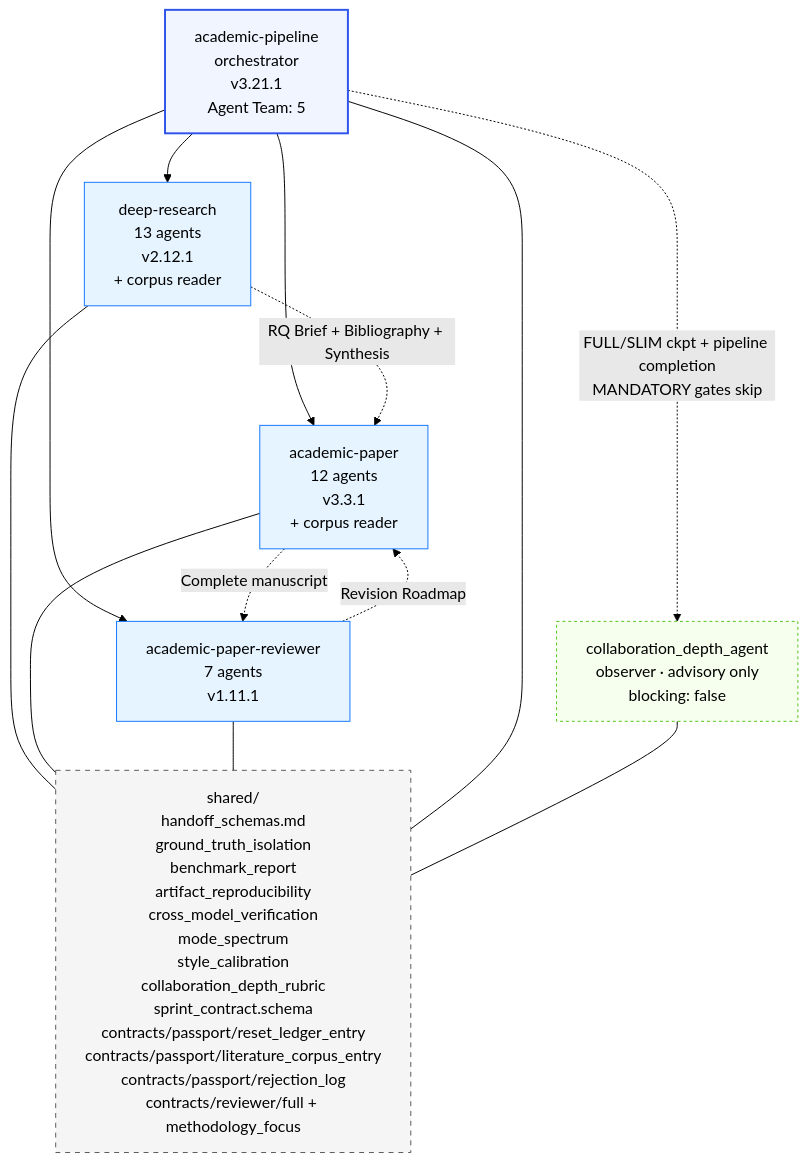
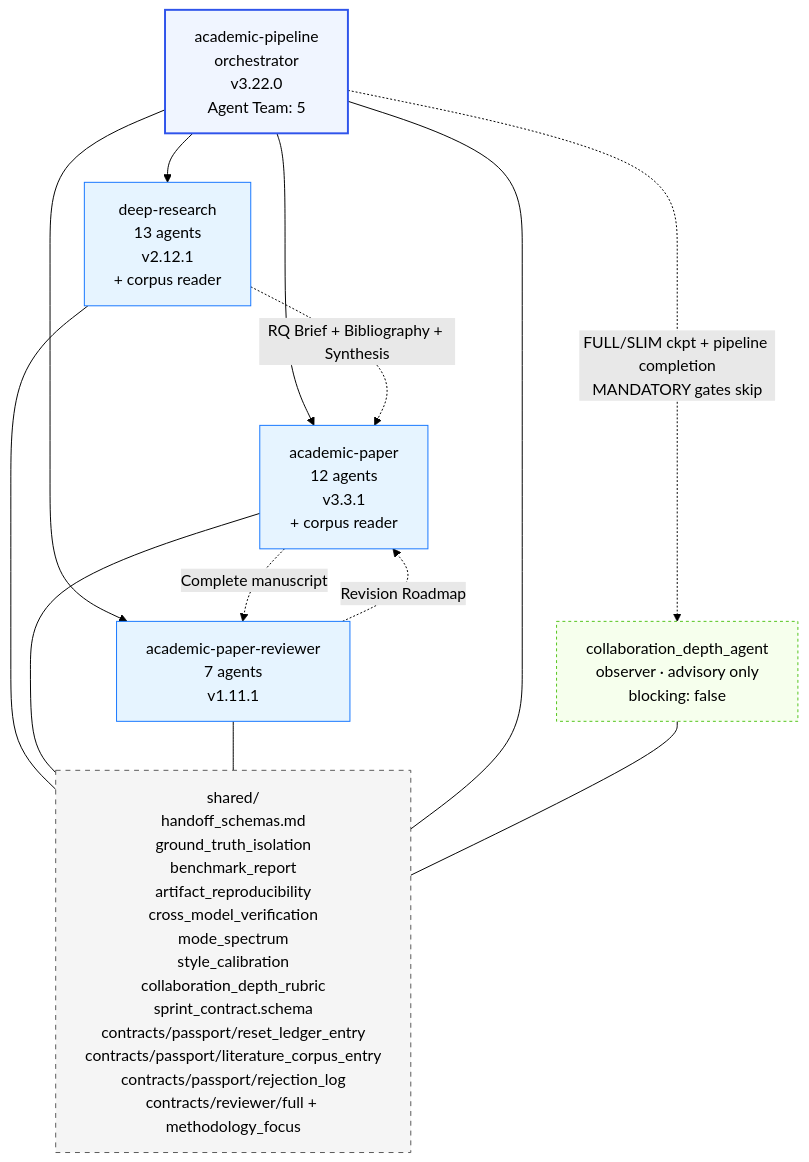
Before and after one commit to Lzy599775/agent-auto-sci-skills: the fourth of 5 diagrams in skills/urban-exposure-review-radar-workflow/subskills/academic-research-suite/ars/docs/ARCHITECTURE.md, drawn with Mermaid (forest theme). The commit also changed other lines of this file and 270 other files, not shown here.

````diff
--- a/skills/urban-exposure-review-radar-workflow/subskills/academic-research-suite/ars/docs/ARCHITECTURE.md
+++ b/skills/urban-exposure-review-radar-workflow/subskills/academic-research-suite/ars/docs/ARCHITECTURE.md
@@ -218,31 +218,31 @@
 ```mermaid
 graph TD
-    Pipeline[academic-pipeline<br/>orchestrator<br/>v3.21.1<br/>Agent Team: 5]
+    Pipeline[academic-pipeline<br/>orchestrator<br/>v3.22.0<br/>Agent Team: 5]
     Observer[collaboration_depth_agent<br/>observer · advisory only<br/>blocking: false]
     DR[deep-research<br/>13 agents<br/>v2.12.1<br/>+ corpus reader]
     AP[academic-paper<br/>12 agents<br/>v3.3.1<br/>+ corpus reader]
     APR[academic-paper-reviewer<br/>7 agents<br/>v1.11.1]
     Shared[shared/<br/>handoff_schemas.md<br/>ground_truth_isolation<br/>benchmark_report<br/>artifact_reproducibility<br/>cross_model_verification<br/>mode_spectrum<br/>style_calibration<br/>collaboration_depth_rubric<br/>sprint_contract.schema<br/>contracts/passport/reset_ledger_entry<br/>contracts/passport/literature_corpus_entry<br/>contracts/passport/rejection_log<br/>contracts/reviewer/full + methodology_focus]
 
     Pipeline --> DR
     Pipeline --> AP
     Pipeline --> APR
     Pipeline -. "FULL/SLIM ckpt + pipeline completion<br/>MANDATORY gates skip" .-> Observer
     DR -. "RQ Brief + Bibliography + Synthesis" .-> AP
     AP -. "Complete manuscript" .-> APR
     APR -. "Revision Roadmap" .-> AP
     DR --- Shared
     AP --- Shared
     APR --- Shared
     Pipeline --- Shared
     Observer --- Shared
 
     classDef orch fill:#f0f5ff,stroke:#2f54eb,stroke-width:2px
     classDef skill fill:#e6f4ff,stroke:#1677ff
     classDef shared fill:#f5f5f5,stroke:#595959,stroke-dasharray:5 5
     classDef observer fill:#f6ffed,stroke:#52c41a,stroke-dasharray:3 3
     class Pipeline orch
     class DR,AP,APR skill
     class Shared shared
     class Observer observer
 ```
````
